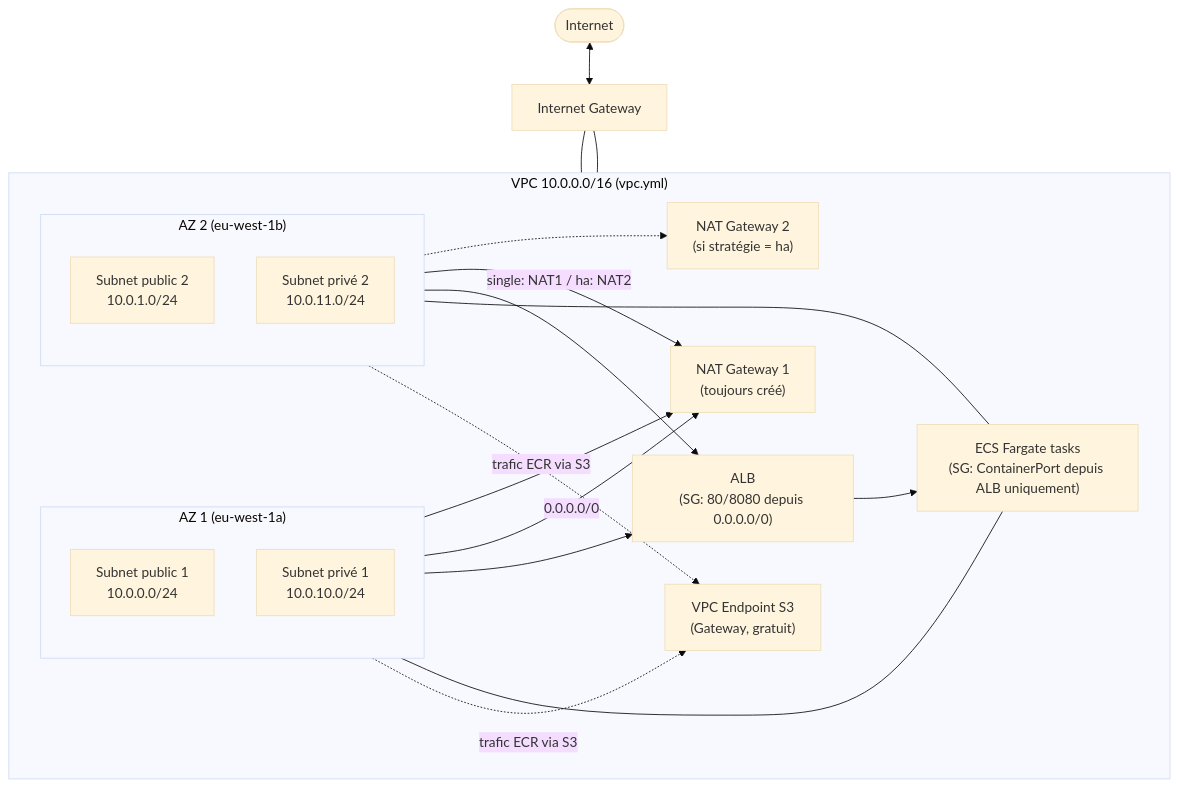
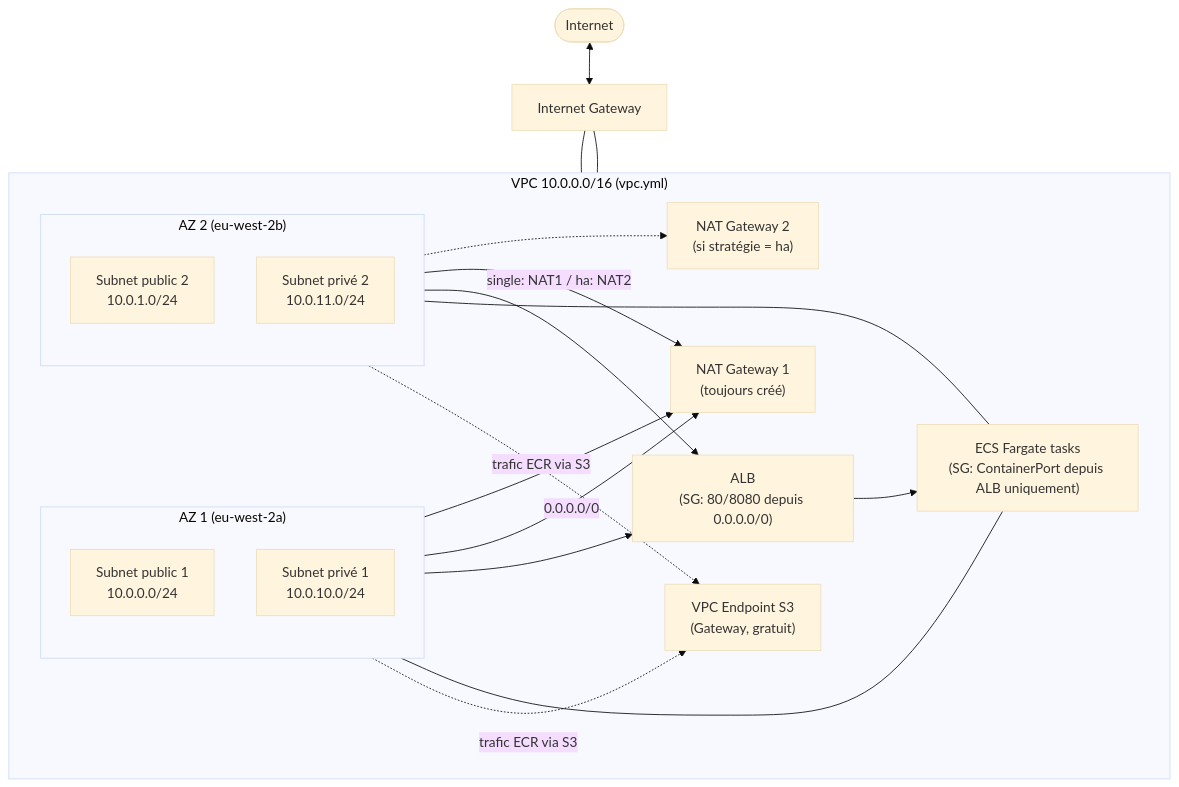
The fifth of 6 diagrams in infrastructure/README.md (khaoula-mechria/Pipeline-CI-CD-complet-avec-CodePipeline-ECS-Fargate), drawn with Mermaid (base theme) before and after one commit. The commit also changed 11 other files, not shown here.

````diff
--- a/infrastructure/README.md
+++ b/infrastructure/README.md
@@ -282,45 +282,45 @@
 ```mermaid
 flowchart TB
     IGW["Internet Gateway"]
     Internet(["Internet"])
     Internet <--> IGW
 
     subgraph VPC["VPC 10.0.0.0/16 (vpc.yml)"]
         direction LR
 
-        subgraph AZ1["AZ 1 (eu-west-1a)"]
+        subgraph AZ1["AZ 1 (eu-west-2a)"]
             direction TB
             Pub1["Subnet public 1<br/>10.0.0.0/24"]
             Priv1["Subnet privé 1<br/>10.0.10.0/24"]
         end
 
-        subgraph AZ2["AZ 2 (eu-west-1b)"]
+        subgraph AZ2["AZ 2 (eu-west-2b)"]
             direction TB
             Pub2["Subnet public 2<br/>10.0.1.0/24"]
             Priv2["Subnet privé 2<br/>10.0.11.0/24"]
         end
 
         NAT1["NAT Gateway 1<br/>(toujours créé)"]
         NAT2["NAT Gateway 2<br/>(si stratégie = ha)"]
         S3EP["VPC Endpoint S3<br/>(Gateway, gratuit)"]
 
         ALBsg["ALB<br/>(SG: 80/8080 depuis 0.0.0.0/0)"]
         ECSsg["ECS Fargate tasks<br/>(SG: ContainerPort depuis ALB uniquement)"]
     end
 
     IGW --- Pub1
     IGW --- Pub2
     Pub1 --> NAT1
     Pub2 -.-> NAT2
 
     Priv1 -->|0.0.0.0/0| NAT1
     Priv2 -->|single: NAT1 / ha: NAT2| NAT1
 
     Pub1 --> ALBsg
     Pub2 --> ALBsg
     ALBsg --> ECSsg
     Priv1 --- ECSsg
     Priv2 --- ECSsg
     Priv1 -.trafic ECR via S3.-> S3EP
     Priv2 -.trafic ECR via S3.-> S3EP
 ```
````
